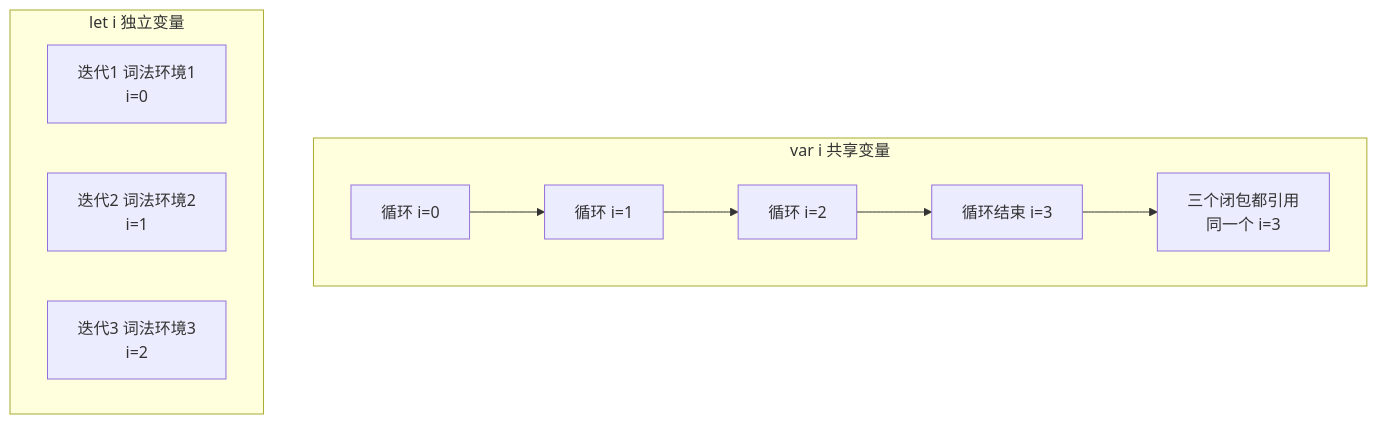
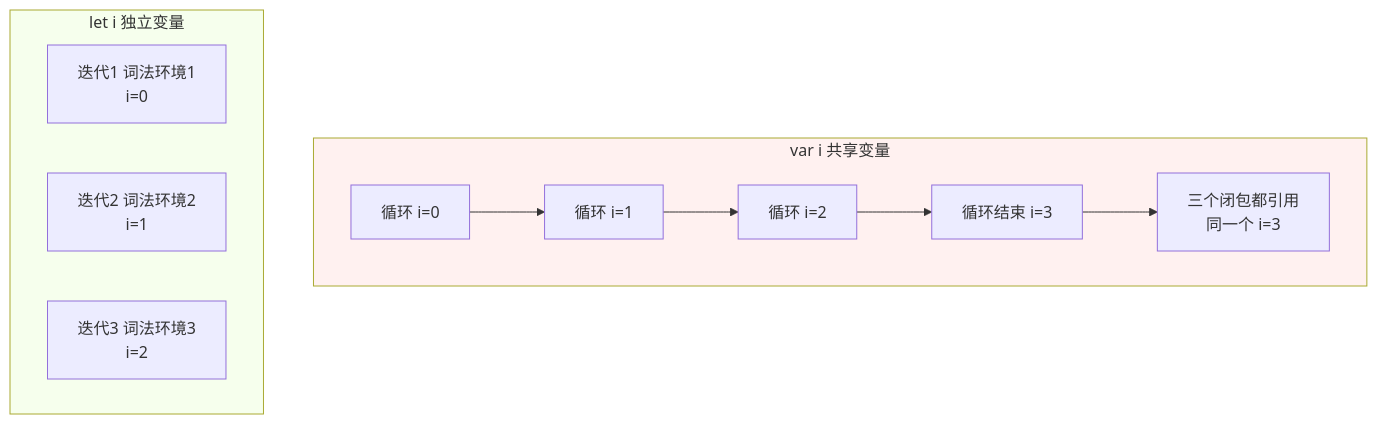
Before and after one commit to mansteinr/note-book: diagram 15 of 19 in JavaScript/06-执行上下文.md, drawn with Mermaid. The commit also changed other lines of this file and 6 other files, not shown here.

````diff
--- a/JavaScript/06-执行上下文.md
+++ b/JavaScript/06-执行上下文.md
@@ -369,15 +1210,18 @@
 ```mermaid
 flowchart TB
     subgraph var方案[var i 共享变量]
         V1[循环 i=0] --> V2[循环 i=1]
         V2 --> V3[循环 i=2]
         V3 --> V4[循环结束 i=3]
         V4 --> V5[三个闭包都引用<br/>同一个 i=3]
     end
 
     subgraph let方案[let i 独立变量]
         L1[迭代1 词法环境1<br/>i=0]
         L2[迭代2 词法环境2<br/>i=1]
         L3[迭代3 词法环境3<br/>i=2]
     end
+
+    style var方案 fill:#fff1f0
+    style let方案 fill:#f6ffed
 ```
````
